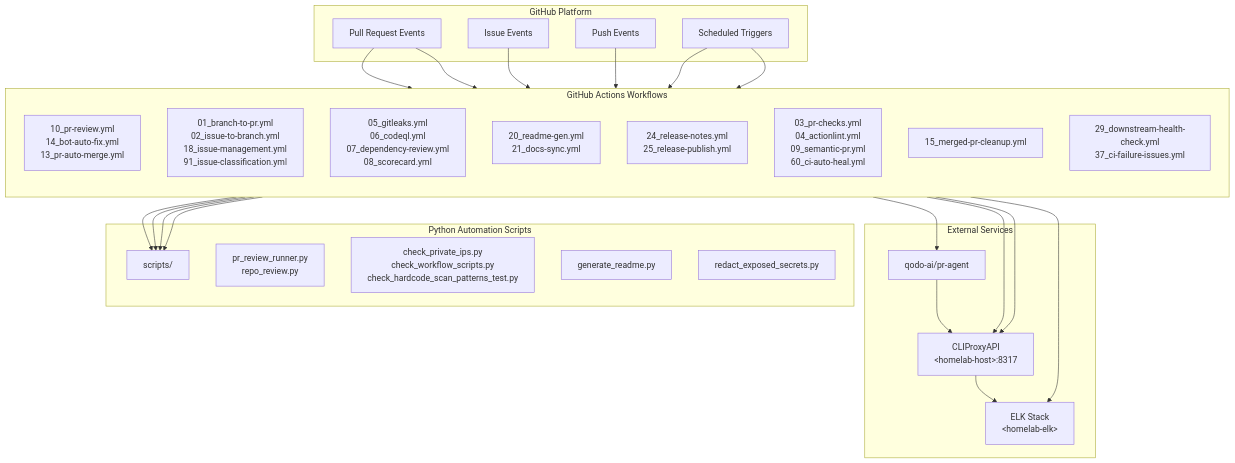
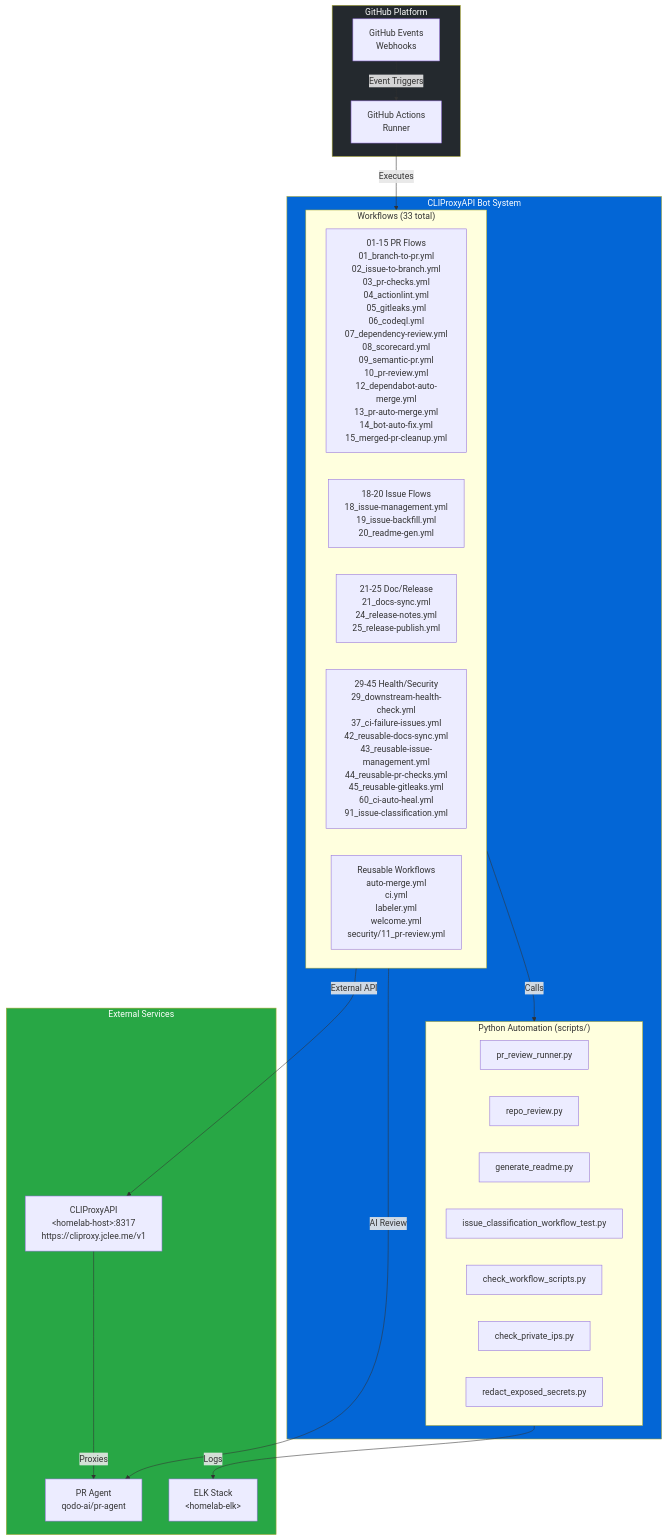
Before and after one commit to jclee941/splunk: the diagram in README.md, drawn with Mermaid. The commit also changed other lines of this file, not shown here.

Commit message:
docs: auto-update README.md

````diff
--- a/README.md
+++ b/README.md
@@ -90,57 +93,45 @@
 ```mermaid
 flowchart TB
     subgraph GitHub["GitHub Platform"]
-        PR["Pull Request Events"]
-        Issue["Issue Events"]
-        Push["Push Events"]
-        Schedule["Scheduled Triggers"]
+        GHA["GitHub Actions<br/>Runner"]
+        GHE["GitHub Events<br/>Webhooks"]
     end
 
-    subgraph Workflows["GitHub Actions Workflows"]
-        direction TB
-        PR_WF["10_pr-review.yml<br/>14_bot-auto-fix.yml<br/>13_pr-auto-merge.yml"]
-        Issue_WF["01_branch-to-pr.yml<br/>02_issue-to-branch.yml<br/>18_issue-management.yml<br/>91_issue-classification.yml"]
-        Security_WF["05_gitleaks.yml<br/>06_codeql.yml<br/>07_dependency-review.yml<br/>08_scorecard.yml"]
-        Docs_WF["20_readme-gen.yml<br/>21_docs-sync.yml"]
-        Release_WF["24_release-notes.yml<br/>25_release-publish.yml"]
-        CI_WF["03_pr-checks.yml<br/>04_actionlint.yml<br/>09_semantic-pr.yml<br/>60_ci-auto-heal.yml"]
-        Cleanup_WF["15_merged-pr-cleanup.yml"]
-        Health_WF["29_downstream-health-check.yml<br/>37_ci-failure-issues.yml"]
+    subgraph BotSystem["CLIProxyAPI Bot System"]
+        subgraph Workflows["Workflows (33 total)"]
+            PRFlows["01-15 PR Flows<br/>01_branch-to-pr.yml<br/>02_issue-to-branch.yml<br/>03_pr-checks.yml<br/>04_actionlint.yml<br/>05_gitleaks.yml<br/>06_codeql.yml<br/>07_dependency-review.yml<br/>08_scorecard.yml<br/>09_semantic-pr.yml<br/>10_pr-review.yml<br/>12_dependabot-auto-merge.yml<br/>13_pr-auto-merge.yml<br/>14_bot-auto-fix.yml<br/>15_merged-pr-cleanup.yml"]
+            IssueFlows["18-20 Issue Flows<br/>18_issue-management.yml<br/>19_issue-backfill.yml<br/>20_readme-gen.yml"]
+            DocFlows["21-25 Doc/Release<br/>21_docs-sync.yml<br/>24_release-notes.yml<br/>25_release-publish.yml"]
+            HealthFlows["29-45 Health/Security<br/>29_downstream-health-check.yml<br/>37_ci-failure-issues.yml<br/>42_reusable-docs-sync.yml<br/>43_reusable-issue-management.yml<br/>44_reusable-pr-checks.yml<br/>45_reusable-gitleaks.yml<br/>60_ci-auto-heal.yml<br/>91_issue-classification.yml"]
+            Reusable["Reusable Workflows<br/>auto-merge.yml<br/>ci.yml<br/>labeler.yml<br/>welcome.yml<br/>security/11_pr-review.yml"]
+        end
+
+        subgraph Scripts["Python Automation (scripts/)"]
+            PRRunner["pr_review_runner.py"]
+            RepoReview["repo_review.py"]
+            ReadmeGen["generate_readme.py"]
+            IssueClassifier["issue_classification_workflow_test.py"]
+            WorkflowChecker["check_workflow_scripts.py"]
+            PrivateIPChecker["check_private_ips.py"]
+            SecretRedactor["redact_exposed_secrets.py"]
+        end
     end
 
     subgraph External["External Services"]
-        CLProxy["CLIProxyAPI<br/>&lt;homelab-host&gt;:8317"]
-        PRAgent["qodo-ai/pr-agent"]
+        CLIProxyAPI["CLIProxyAPI<br/>&lt;homelab-host&gt;:8317<br/>https://cliproxy.jclee.me/v1"]
+        PRAgent["PR Agent<br/>qodo-ai/pr-agent"]
         ELK["ELK Stack<br/>&lt;homelab-elk&gt;"]
     end
 
-    subgraph Scripts["Python Automation Scripts"]
-        ScriptsBase["scripts/"]
-        PRScripts["pr_review_runner.py<br/>repo_review.py"]
-        CheckScripts["check_private_ips.py<br/>check_workflow_scripts.py<br/>check_hardcode_scan_patterns_test.py"]
-        GenScripts["generate_readme.py"]
-        UtilScripts["redact_exposed_secrets.py"]
-    end
+    GHE -->|"Event Triggers"| GHA
+    GHA -->|"Executes"| Workflows
+    Workflows -->|"Calls"| Scripts
+    Workflows -->|"External API"| CLIProxyAPI
+    Workflows -->|"AI Review"| PRAgent
+    Scripts -->|"Logs"| ELK
+    CLIProxyAPI -->|"Proxies"| PRAgent
 
-    PR --> PR_WF
-    PR --> Security_WF
-    Issue --> Issue_WF
-    Push --> CI_WF
-    Schedule --> Docs_WF
-    Schedule --> Health_WF
-
-    PR_WF --> CLProxy
-    PR_WF --> PRAgent
-    PR_WF --> ScriptsBase
-
-    Security_WF --> ScriptsBase
-    Security_WF --> CLProxy
-
-    Issue_WF --> ScriptsBase
-
-    CI_WF --> ELK
-    CI_WF --> ScriptsBase
-
-    CLProxy --> ELK
-    PRAgent --> CLProxy
+    style GitHub fill:#24292e,color:#fff
+    style BotSystem fill:#0366d6,color:#fff
+    style External fill:#28a745,color:#fff
 ```
````
